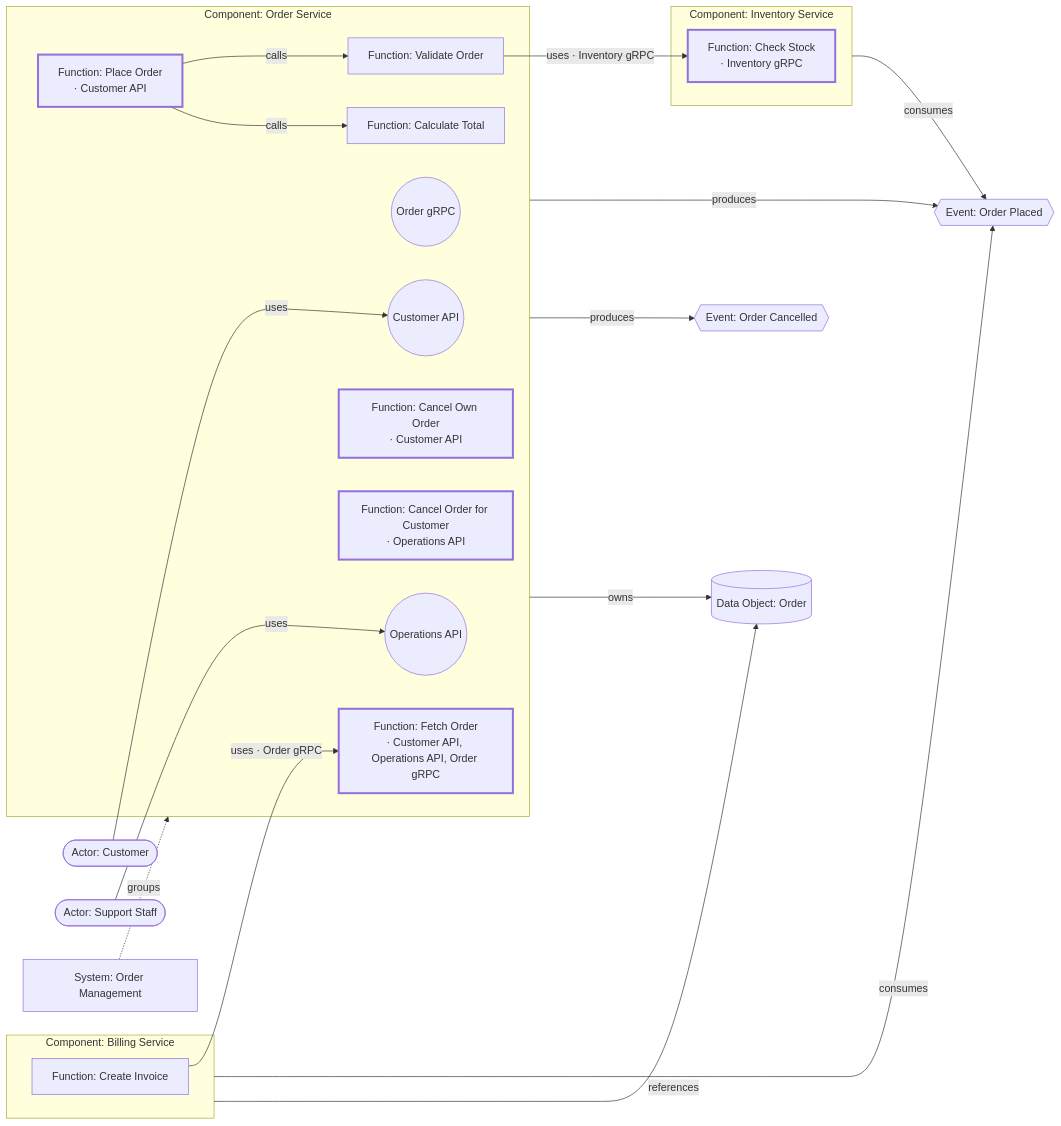
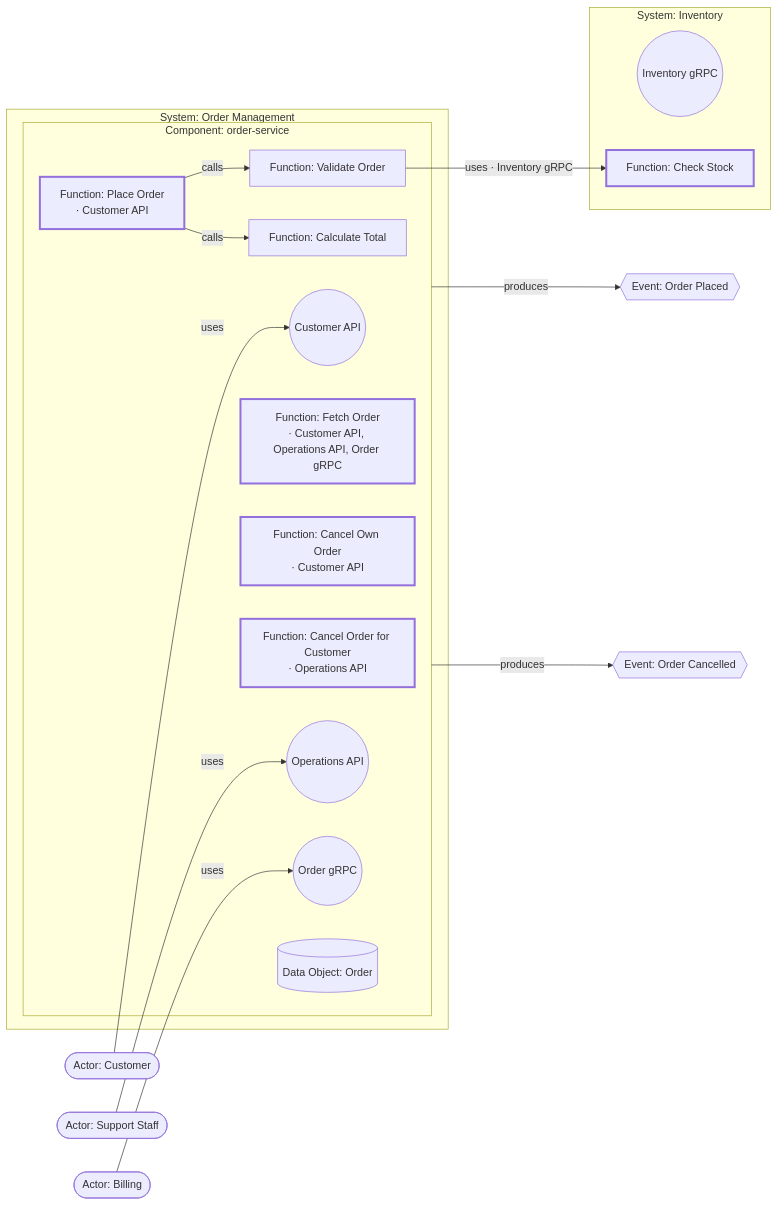
One commit to mykhailo-kulish/contour changed the sixth of 8 diagrams in contour.md. Above: the diagram before and after it, drawn with Mermaid. The commit also changed other lines of this file, not shown here.

````diff
--- a/contour.md
+++ b/contour.md
@@ -1008,41 +1158,37 @@
 ```mermaid
 graph LR
     Customer([Actor: Customer])
     Staff([Actor: Support Staff])
-    OrderMgmt[System: Order Management] -.->|groups| OrderSvc
+    Billing([Actor: Billing])
 
-    subgraph OrderSvc [Component: Order Service]
-        CustAPI(("Customer API"))
-        OpsAPI(("Operations API"))
-        GrpcAPI(("Order gRPC"))
-        PlaceOrder["Function: Place Order<br/>· Customer API"]:::ext
-        FetchOrder["Function: Fetch Order<br/>· Customer API, Operations API, Order gRPC"]:::ext
-        CancelOwn["Function: Cancel Own Order<br/>· Customer API"]:::ext
-        CancelFor["Function: Cancel Order for Customer<br/>· Operations API"]:::ext
-        ValidateOrder[Function: Validate Order]
-        CalcTotal[Function: Calculate Total]
+    subgraph OM [System: Order Management]
+        subgraph OrderSvc [Component: order-service]
+            CustAPI(("Customer API"))
+            OpsAPI(("Operations API"))
+            GrpcAPI(("Order gRPC"))
+            PlaceOrder["Function: Place Order<br/>· Customer API"]:::ext
+            FetchOrder["Function: Fetch Order<br/>· Customer API, Operations API, Order gRPC"]:::ext
+            CancelOwn["Function: Cancel Own Order<br/>· Customer API"]:::ext
+            CancelFor["Function: Cancel Order for Customer<br/>· Operations API"]:::ext
+            ValidateOrder[Function: Validate Order]
+            CalcTotal[Function: Calculate Total]
+            OrderData[(Data Object: Order)]
+        end
     end
 
-    subgraph Inventory [Component: Inventory Service]
-        CheckStock["Function: Check Stock<br/>· Inventory gRPC"]:::ext
-    end
-
-    subgraph Billing [Component: Billing Service]
-        CreateInvoice[Function: Create Invoice]
+    subgraph Inventory [System: Inventory]
+        InvGrpc(("Inventory gRPC"))
+        CheckStock["Function: Check Stock"]:::ext
     end
 
     Customer -->|uses| CustAPI
     Staff -->|uses| OpsAPI
+    Billing -->|uses| GrpcAPI
     PlaceOrder -->|calls| ValidateOrder
     PlaceOrder -->|calls| CalcTotal
     ValidateOrder -->|uses · Inventory gRPC| CheckStock
-    CreateInvoice -->|uses · Order gRPC| FetchOrder
     OrderSvc -->|produces| OrderPlaced{{Event: Order Placed}}
     OrderSvc -->|produces| OrderCancelled{{Event: Order Cancelled}}
-    OrderSvc -->|owns| OrderData[(Data Object: Order)]
-    Billing -->|consumes| OrderPlaced
-    Inventory -->|consumes| OrderPlaced
-    Billing -->|references| OrderData
 
     classDef ext stroke-width:3px
 ```
````
